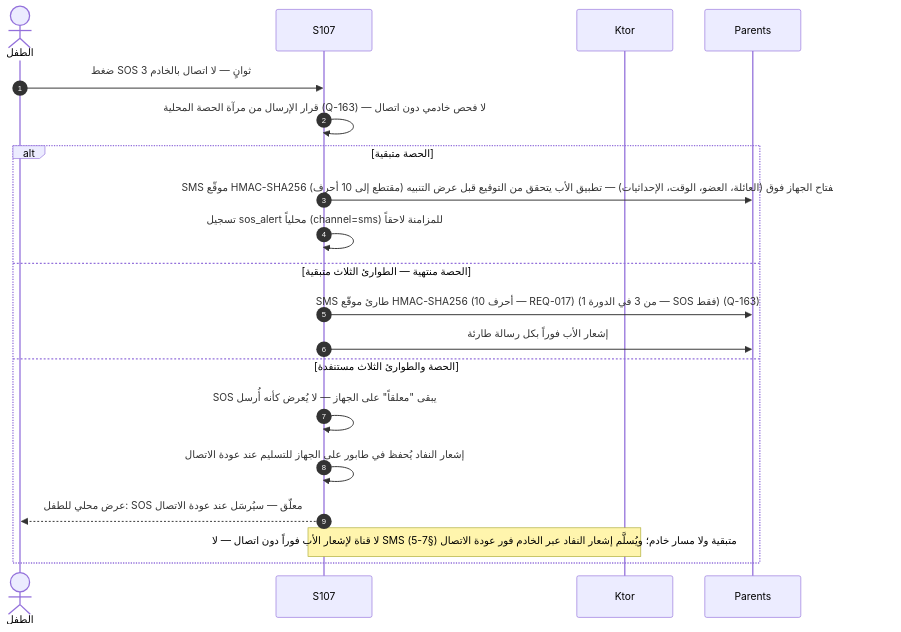
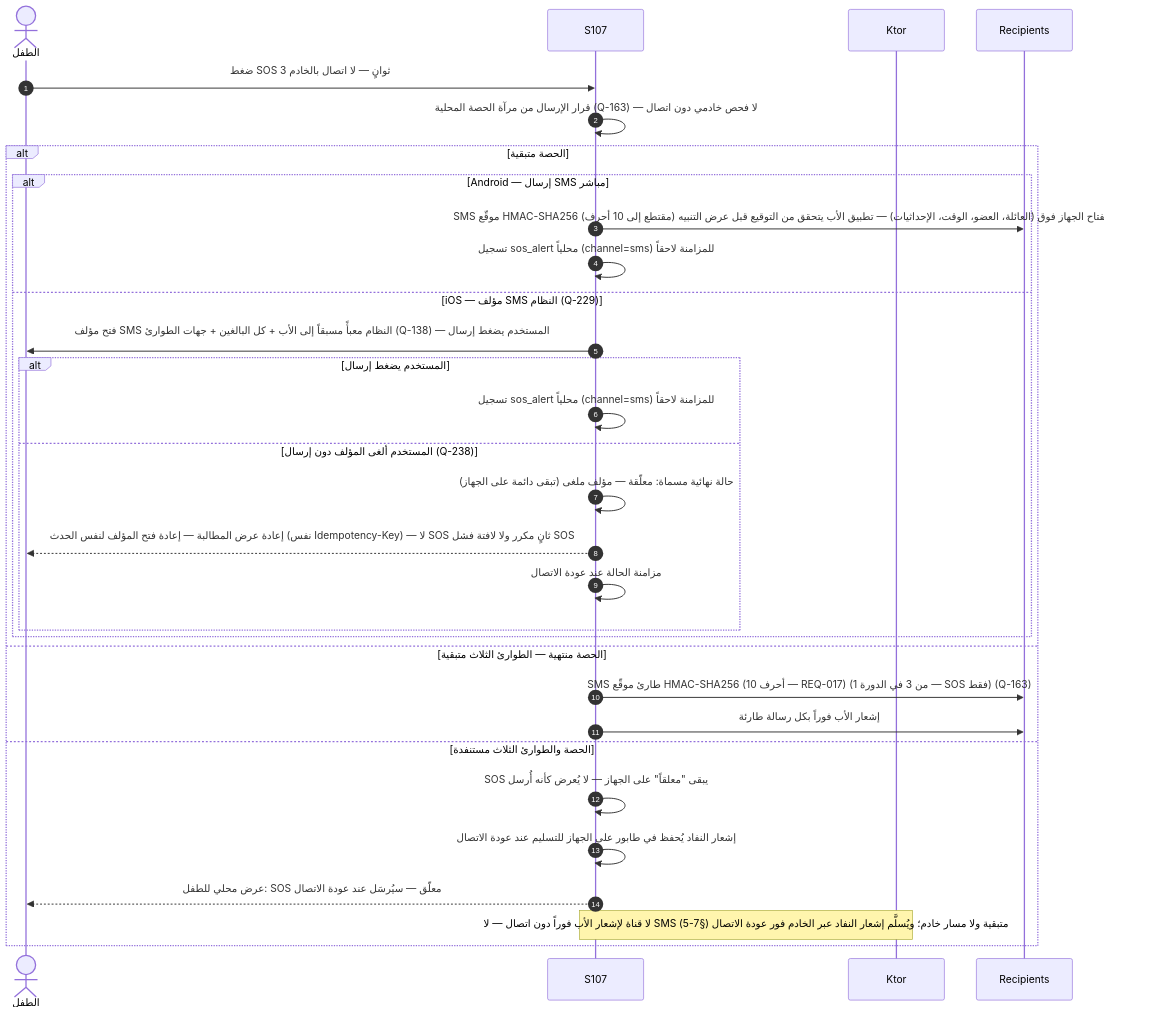
Before and after one commit to Bassam-mohammed-alqaeadi/family-os-v2: the sixth of 13 diagrams in docs/family-os/governance/phases/phase-1/S1-07-location-basic/DIAGRAMS.md, drawn with Mermaid. The commit also changed other lines of this file and 13 other files, not shown here.

````diff
--- a/docs/family-os/governance/phases/phase-1/S1-07-location-basic/DIAGRAMS.md
+++ b/docs/family-os/governance/phases/phase-1/S1-07-location-basic/DIAGRAMS.md
@@ -224,22 +224,33 @@
 ```mermaid
 sequenceDiagram
     autonumber
     actor Child as الطفل
     participant الموقع as S107
     participant الخادم as Ktor
-    participant الوالدان as Parents
+    participant المستلمون as Recipients
     Child->>الموقع: ضغط SOS 3 ثوانٍ — لا اتصال بالخادم
     الموقع->>الموقع: قرار الإرسال من مرآة الحصة المحلية (Q-163) — لا فحص خادمي دون اتصال
     alt الحصة متبقية
-        الموقع->>الوالدان: SMS موقّع HMAC-SHA256 (مقتطع إلى 10 أحرف) بمفتاح الجهاز فوق (العائلة، العضو، الوقت، الإحداثيات) — تطبيق الأب يتحقق من التوقيع قبل عرض التنبيه (REQ-017)
-        الموقع->>الموقع: تسجيل sos_alert محلياً (channel=sms) للمزامنة لاحقاً
+        alt Android — إرسال SMS مباشر
+            الموقع->>المستلمون: SMS موقّع HMAC-SHA256 (مقتطع إلى 10 أحرف) بمفتاح الجهاز فوق (العائلة، العضو، الوقت، الإحداثيات) — تطبيق الأب يتحقق من التوقيع قبل عرض التنبيه (REQ-017)
+            الموقع->>الموقع: تسجيل sos_alert محلياً (channel=sms) للمزامنة لاحقاً
+        else iOS — مؤلف SMS النظام (Q-229)
+            الموقع->>Child: فتح مؤلف SMS النظام معبأً مسبقاً إلى الأب + كل البالغين + جهات الطوارئ (Q-138) — المستخدم يضغط إرسال
+            alt المستخدم يضغط إرسال
+                الموقع->>الموقع: تسجيل sos_alert محلياً (channel=sms) للمزامنة لاحقاً
+            else المستخدم ألغى المؤلف دون إرسال (Q-238)
+                الموقع->>الموقع: حالة نهائية مسماة: معلّقة — مؤلف ملغى (تبقى دائمة على الجهاز)
+                الموقع-->>Child: إعادة عرض المطالبة — إعادة فتح المؤلف لنفس الحدث (نفس Idempotency-Key) — لا SOS ثانٍ مكرر ولا لافتة فشل SOS
+                الموقع->>الموقع: مزامنة الحالة عند عودة الاتصال
+            end
+        end
     else الحصة منتهية — الطوارئ الثلاث متبقية
-        الموقع->>الوالدان: SMS طارئ موقّع HMAC-SHA256 (10 أحرف — REQ-017) (1 من 3 في الدورة — SOS فقط) (Q-163)
-        الموقع->>الوالدان: إشعار الأب فوراً بكل رسالة طارئة
+        الموقع->>المستلمون: SMS طارئ موقّع HMAC-SHA256 (10 أحرف — REQ-017) (1 من 3 في الدورة — SOS فقط) (Q-163)
+        الموقع->>المستلمون: إشعار الأب فوراً بكل رسالة طارئة
     else الحصة والطوارئ الثلاث مستنفدة
         الموقع->>الموقع: SOS يبقى "معلقاً" على الجهاز — لا يُعرض كأنه أُرسل
         الموقع->>الموقع: إشعار النفاد يُحفظ في طابور على الجهاز للتسليم عند عودة الاتصال
         الموقع-->>Child: عرض محلي للطفل: SOS معلّق — سيُرسَل عند عودة الاتصال
         Note over الموقع,الخادم: لا قناة لإشعار الأب فوراً دون اتصال — لا SMS متبقية ولا مسار خادم؛ ويُسلَّم إشعار النفاد عبر الخادم فور عودة الاتصال (§7-5)
     end
 ```
````
